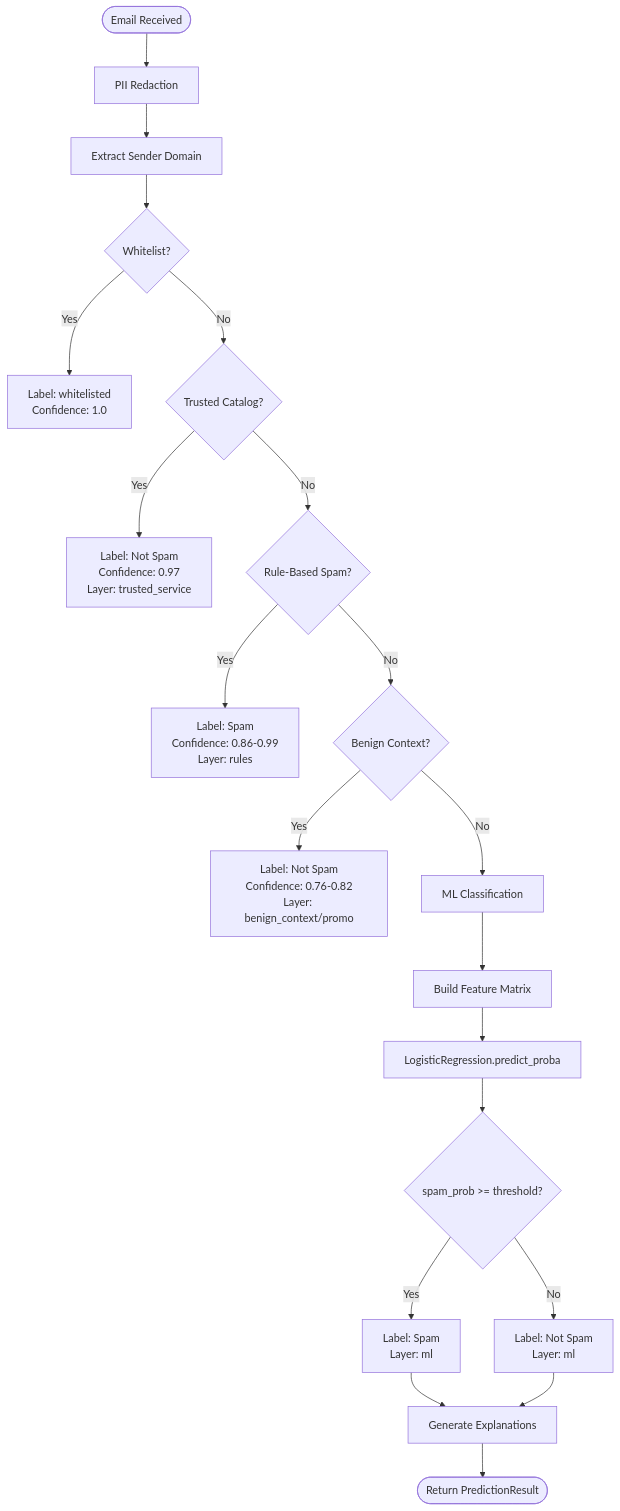
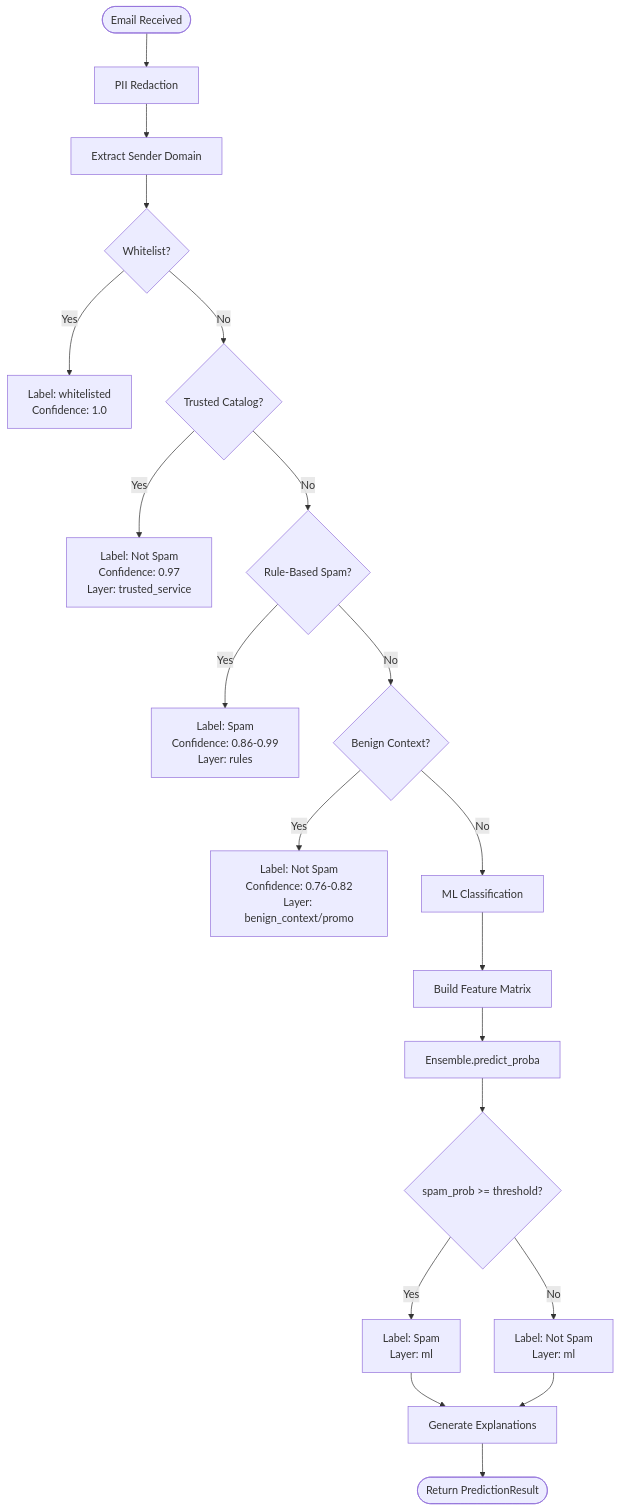
One commit to AVijit005/Spam-Email-Detection changed the third of 9 diagrams in docs/ARCHITECTURE.md. Above: the diagram before and after it, drawn with Mermaid. The commit also changed other lines of this file and 12 other files, not shown here.

````diff
--- a/docs/ARCHITECTURE.md
+++ b/docs/ARCHITECTURE.md
@@ -117,22 +117,22 @@
 ```mermaid
 flowchart TD
     START([Email Received]) --> REDACT[PII Redaction]
     REDACT --> DOMAIN[Extract Sender Domain]
     DOMAIN --> WL{Whitelist?}
     WL -->|Yes| WL_RESULT[Label: whitelisted<br/>Confidence: 1.0]
     WL -->|No| TC{Trusted Catalog?}
     TC -->|Yes| TC_RESULT[Label: Not Spam<br/>Confidence: 0.97<br/>Layer: trusted_service]
     TC -->|No| RULES{Rule-Based Spam?}
     RULES -->|Yes| RULES_RESULT[Label: Spam<br/>Confidence: 0.86-0.99<br/>Layer: rules]
     RULES -->|No| BENIGN{Benign Context?}
     BENIGN -->|Yes| BENIGN_RESULT[Label: Not Spam<br/>Confidence: 0.76-0.82<br/>Layer: benign_context/promo]
     BENIGN -->|No| ML_LAYER[ML Classification]
     ML_LAYER --> BUILD[Build Feature Matrix]
-    BUILD --> PREDICT[LogisticRegression.predict_proba]
+    BUILD --> PREDICT[Ensemble.predict_proba]
     PREDICT --> THRESHOLD{spam_prob >= threshold?}
     THRESHOLD -->|Yes| SPAM[Label: Spam<br/>Layer: ml]
     THRESHOLD -->|No| HAM[Label: Not Spam<br/>Layer: ml]
     SPAM --> EXPLAIN
     HAM --> EXPLAIN
     EXPLAIN[Generate Explanations] --> RESPONSE([Return PredictionResult])
 ```
````
